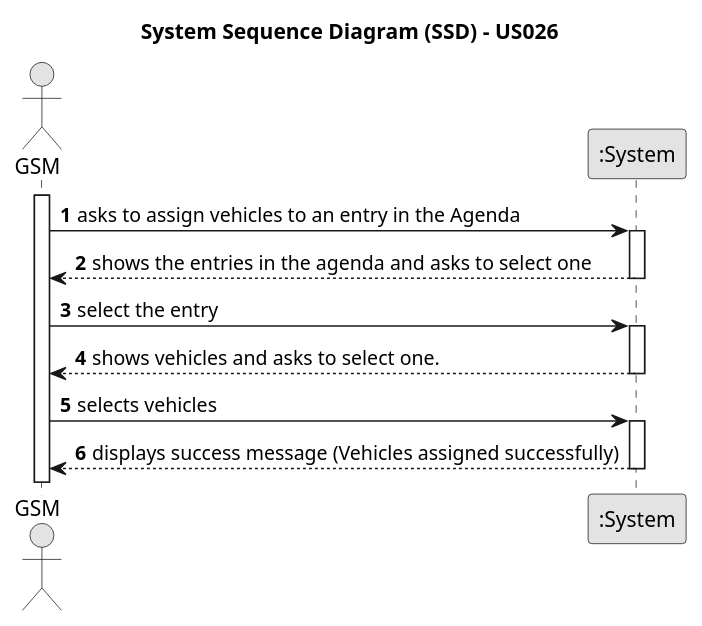
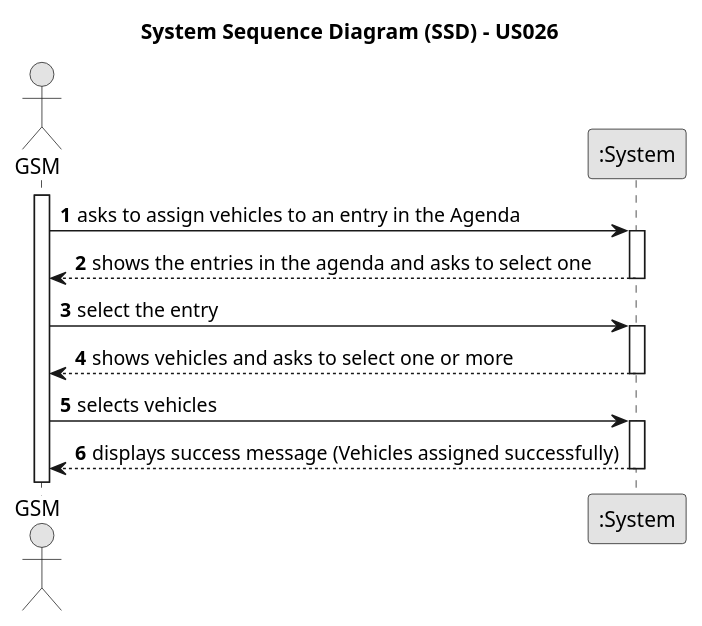
Before and after one commit to ricardomm7/leaflink: the diagram in docs/sprintC/us026/01.requirements-engineering/puml/us026-system-sequence-diagram-alternative-one.puml, drawn with PlantUML. The commit also changed 13 other files, not shown here.

```diff
--- a/docs/sprintC/us026/01.requirements-engineering/puml/us026-system-sequence-diagram-alternative-one.puml
+++ b/docs/sprintC/us026/01.requirements-engineering/puml/us026-system-sequence-diagram-alternative-one.puml
@@ -1,34 +1,34 @@
 @startuml
 skinparam monochrome true
 skinparam packageStyle rectangle
 skinparam shadowing false
 
 title System Sequence Diagram (SSD) - US026
 
 autonumber
 
 actor "GSM" as GSM
 participant ":System" as System
 
 activate GSM
 
     GSM -> System : asks to assign vehicles to an entry in the Agenda
     activate System
 
         System --> GSM : shows the entries in the agenda and asks to select one
     deactivate System
 
     GSM -> System : select the entry
 
     activate System
 
-        System --> GSM : shows vehicles and asks to select one.
+        System --> GSM : shows vehicles and asks to select one or more
     deactivate System
 
     GSM -> System : selects vehicles
     activate System
 
         System --> GSM :  displays success message (Vehicles assigned successfully)
     deactivate System
 
 @enduml
```
